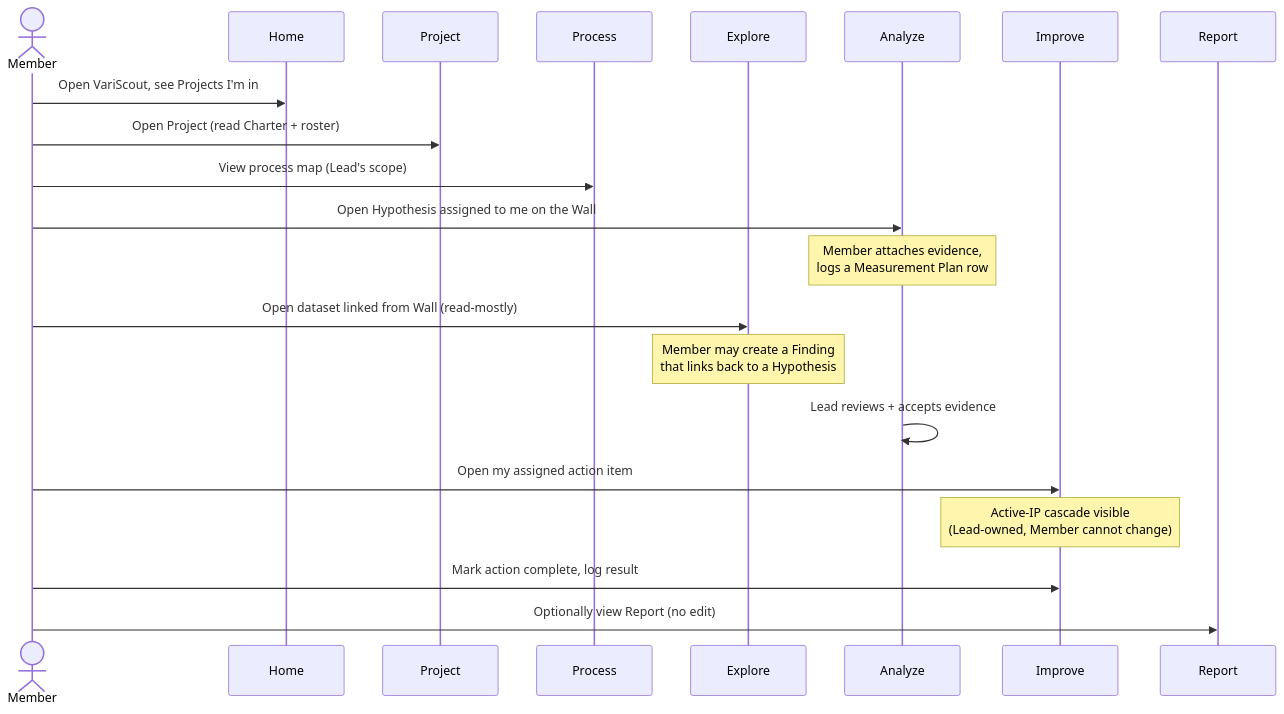
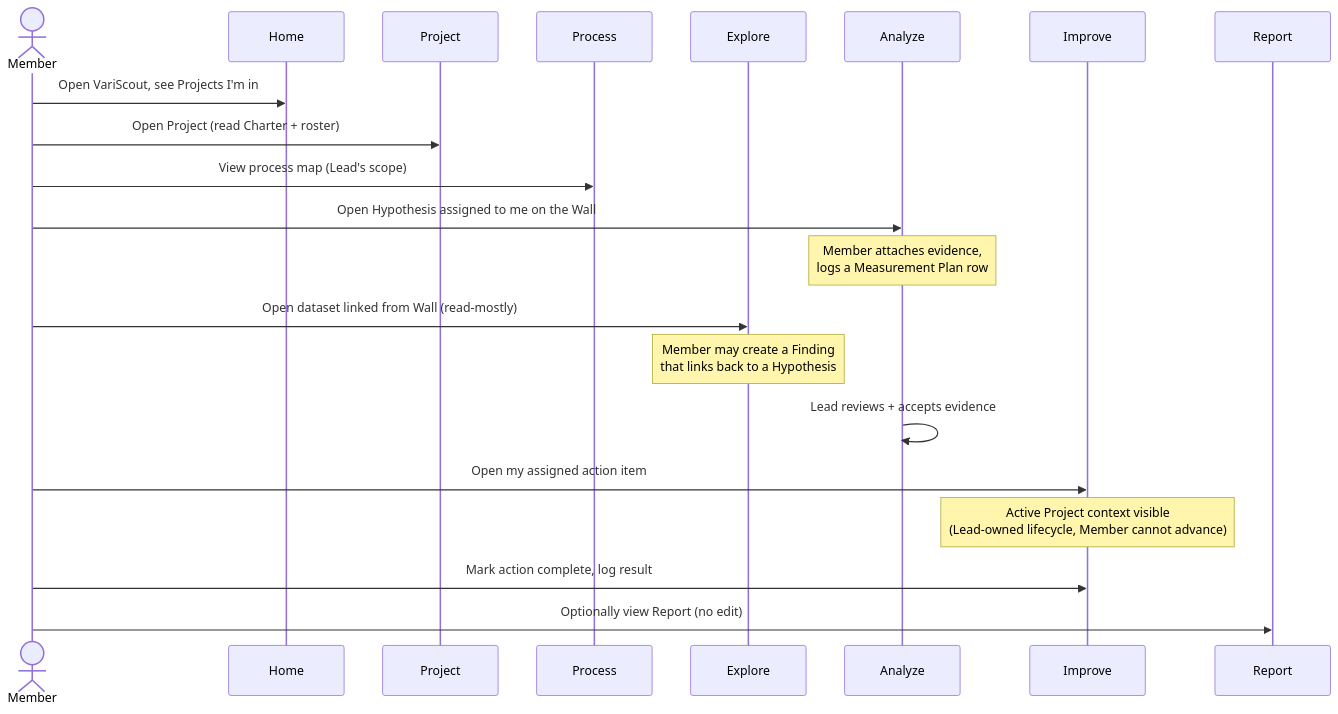
The diagram in docs/02-journeys/personas/member.md (jukka-matti/variscout), drawn with Mermaid before and after one commit. The commit also changed other lines of this file and 8 other files, not shown here.

Commit message:
docs(project): apply active Project context

````diff
--- a/docs/02-journeys/personas/member.md
+++ b/docs/02-journeys/personas/member.md
@@ -37,24 +37,24 @@
 ```mermaid
 sequenceDiagram
     actor Member
     participant Home as Home
     participant Project as Project
     participant Process as Process
     participant Explore as Explore
     participant Analyze as Analyze
     participant Improve as Improve
     participant Report as Report
 
     Member->>Home: Open VariScout, see Projects I'm in
     Member->>Project: Open Project (read Charter + roster)
     Member->>Process: View process map (Lead's scope)
     Member->>Analyze: Open Hypothesis assigned to me on the Wall
     Note over Analyze: Member attaches evidence,<br/>logs a Measurement Plan row
     Member->>Explore: Open dataset linked from Wall (read-mostly)
     Note over Explore: Member may create a Finding<br/>that links back to a Hypothesis
     Analyze->>Analyze: Lead reviews + accepts evidence
     Member->>Improve: Open my assigned action item
-    Note over Improve: Active-IP cascade visible<br/>(Lead-owned, Member cannot change)
+    Note over Improve: Active Project context visible<br/>(Lead-owned lifecycle, Member cannot advance)
     Member->>Improve: Mark action complete, log result
     Member->>Report: Optionally view Report (no edit)
 ```
````
